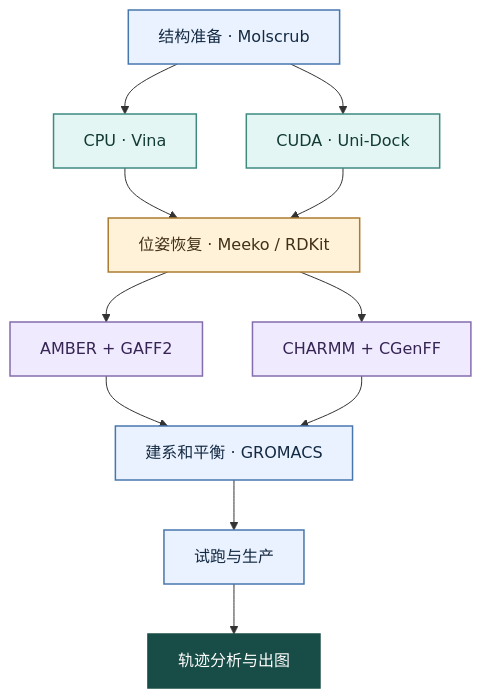
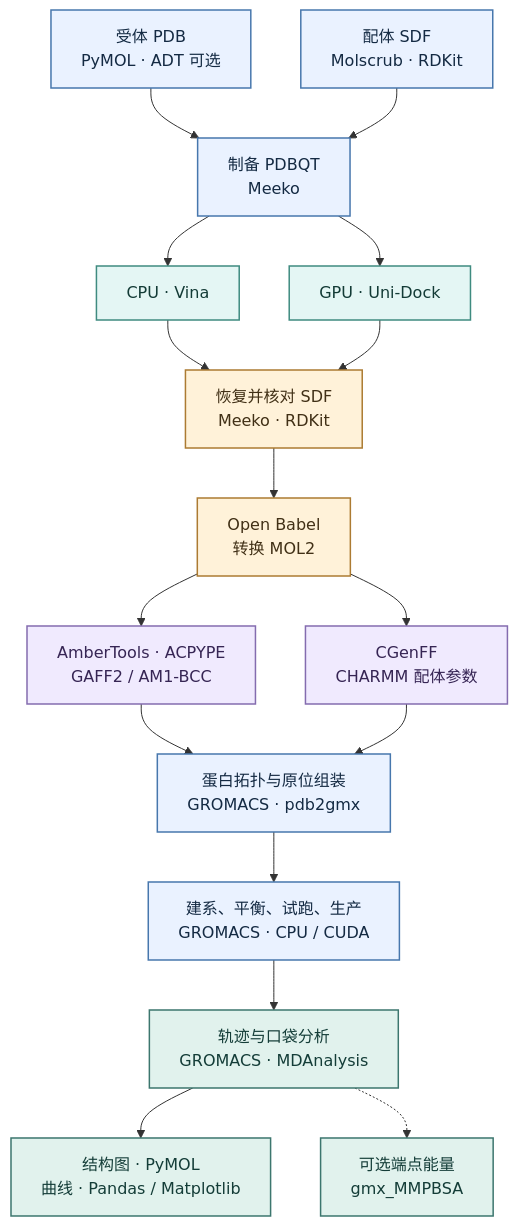
The first of 6 diagrams in README.md (LuciferBioLab/docking-gromacs-tutorial), drawn with Mermaid before and after one commit. The commit also changed other lines of this file, not shown here.

````diff
--- a/README.md
+++ b/README.md
@@ -27,28 +27,50 @@
 ```mermaid
 flowchart TD
-    input["结构准备 · Molscrub"]
+    protein["`受体 PDB
+PyMOL · ADT 可选`"]
+    ligand["`配体 SDF
+Molscrub · RDKit`"]
+    prep["`制备 PDBQT
+Meeko`"]
     cpu["CPU · Vina"]
-    cuda["CUDA · Uni-Dock"]
-    pose["位姿恢复 · Meeko / RDKit"]
-    amber["AMBER + GAFF2"]
-    charmm["CHARMM + CGenFF"]
-    setup["建系和平衡 · GROMACS"]
-    md["试跑与生产"]
-    analysis["轨迹分析与出图"]
-    input --> cpu & cuda
-    cpu & cuda --> pose
-    pose --> amber & charmm
-    amber & charmm --> setup
-    setup --> md --> analysis
+    cuda["GPU · Uni‑Dock"]
+    restore["`恢复并核对 SDF
+Meeko · RDKit`"]
+    mol2["`Open Babel
+转换 MOL2`"]
+    amber["`AmberTools · ACPYPE
+GAFF2 / AM1-BCC`"]
+    charmm["`CGenFF
+CHARMM 配体参数`"]
+    assemble["`蛋白拓扑与原位组装
+GROMACS · pdb2gmx`"]
+    simulate["`建系、平衡、试跑、生产
+GROMACS · CPU / CUDA`"]
+    trajectory["`轨迹与口袋分析
+GROMACS · MDAnalysis`"]
+    energy["`可选端点能量
+gmx_MMPBSA`"]
+    figures["`结构图 · PyMOL
+曲线 · Pandas / Matplotlib`"]
+    protein & ligand --> prep
+    prep --> cpu & cuda
+    cpu & cuda --> restore
+    restore --> mol2
+    mol2 --> amber & charmm
+    amber & charmm --> assemble
+    assemble --> simulate
+    simulate --> trajectory
+    trajectory --> figures
+    trajectory -.-> energy
 
-    classDef common fill:#eaf2ff,stroke:#4777ad,color:#142a43,stroke-width:1.5px
+    classDef structure fill:#eaf2ff,stroke:#4777ad,color:#142a43,stroke-width:1.5px
     classDef docking fill:#e4f6f4,stroke:#3f8b80,color:#133b36,stroke-width:1.5px
+    classDef checked fill:#fff2d9,stroke:#ac7b32,color:#413016,stroke-width:1.5px
     classDef forcefield fill:#f0eafe,stroke:#846caf,color:#362554,stroke-width:1.5px
-    classDef review fill:#fff2d9,stroke:#ac7b32,color:#413016,stroke-width:1.5px
-    classDef result fill:#184c46,stroke:#184c46,color:#ffffff,stroke-width:1.5px
-    class input,setup,md common
+    classDef output fill:#e1f2ed,stroke:#3c766e,color:#143d38,stroke-width:1.5px
+    class protein,ligand,prep,assemble,simulate structure
     class cpu,cuda docking
+    class restore,mol2 checked
     class amber,charmm forcefield
-    class pose review
-    class analysis result
+    class trajectory,figures,energy output
 ```
````
